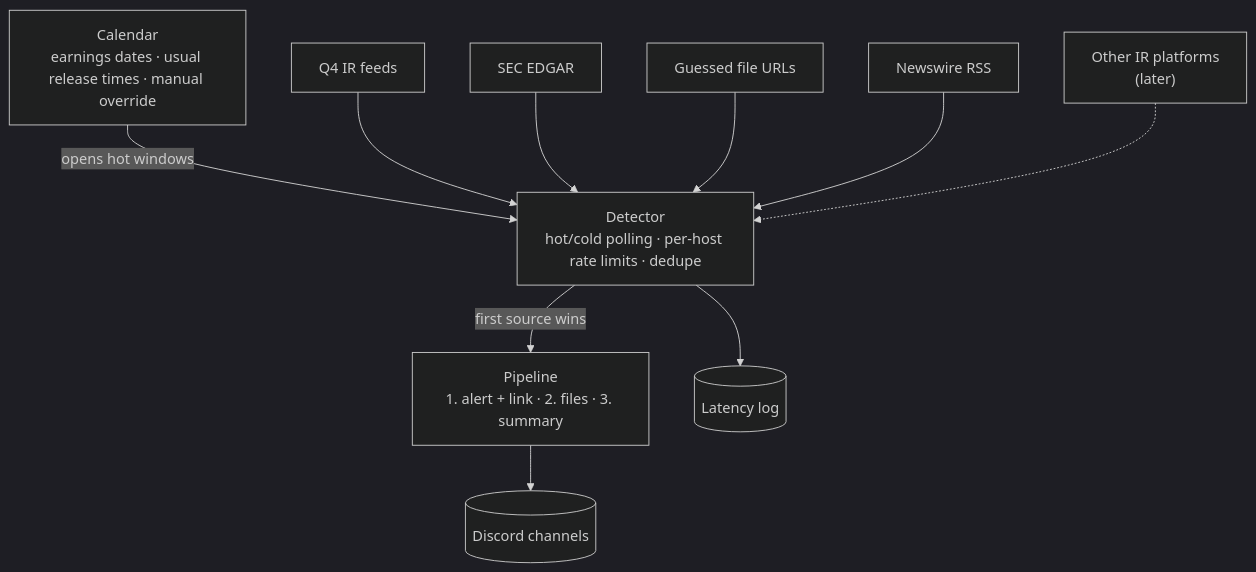
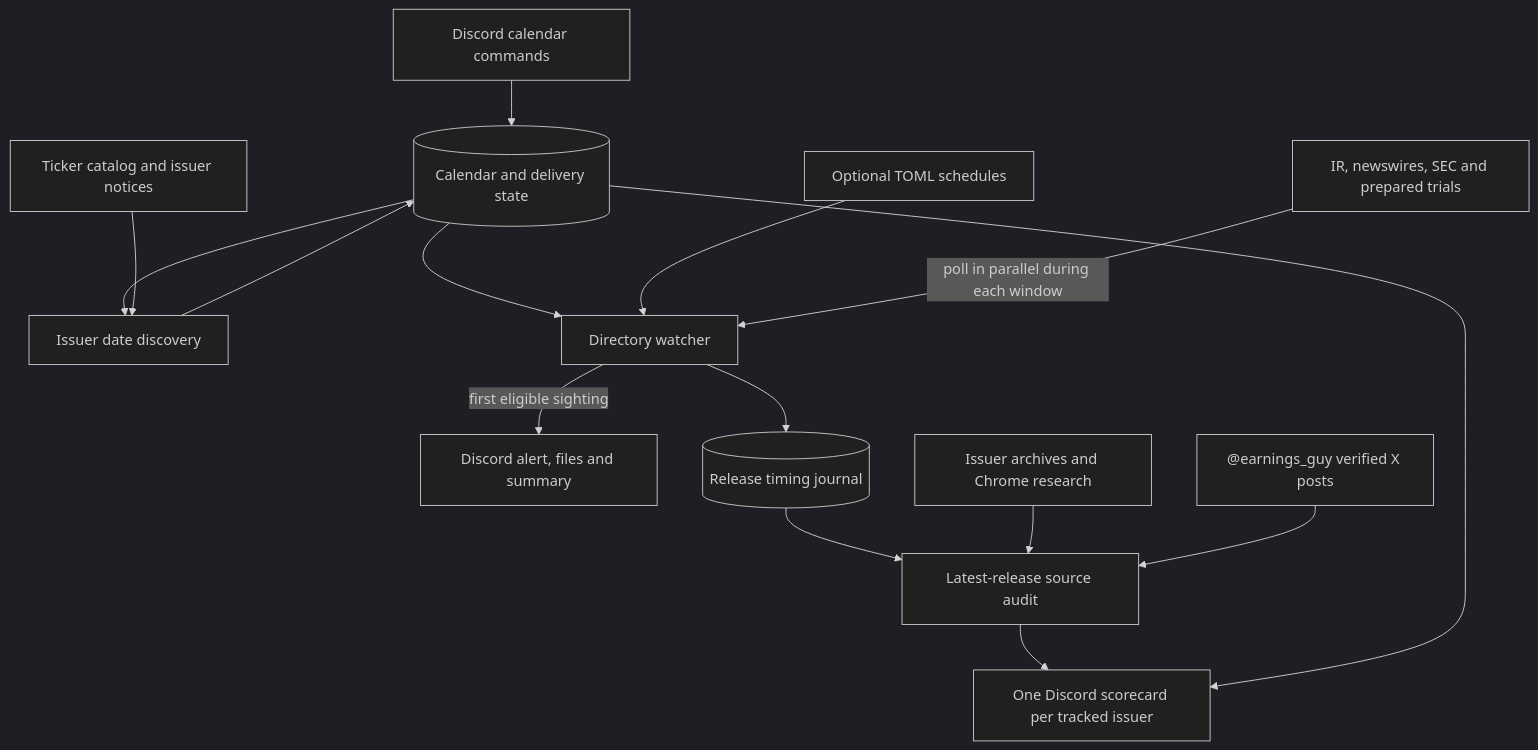
Before and after one commit to es6/earnings-bot: the diagram in docs/architecture.md, drawn with Mermaid (dark theme). The commit also changed other lines of this file and 5 other files, not shown here.

````diff
--- a/docs/architecture.md
+++ b/docs/architecture.md
@@ -12,23 +14,17 @@
 ```mermaid
 flowchart TD
-    cal["Calendar<br/>earnings dates · usual release times · manual override"]
-    q4["Q4 IR feeds"]
-    sec["SEC EDGAR"]
-    guess["Guessed file URLs"]
-    wire["Newswire RSS"]
-    other["Other IR platforms<br/>(later)"]
-    det["Detector<br/>hot/cold polling · per-host rate limits · dedupe"]
-    pipe["Pipeline<br/>1. alert + link · 2. files · 3. summary"]
-    discord[("Discord channels")]
-    log[("Latency log")]
-
-    cal -->|opens hot windows| det
-    q4 --> det
-    sec --> det
-    guess --> det
-    wire --> det
-    other -.-> det
-    det -->|first source wins| pipe
-    pipe --> discord
-    det --> log
+    track["Discord calendar commands"] --> state[("Calendar and delivery state")]
+    state --> discovery["Issuer date discovery"]
+    catalog["Ticker catalog and issuer notices"] --> discovery
+    discovery --> state
+    state --> watcher["Directory watcher"]
+    files["Optional TOML schedules"] --> watcher
+    sources["IR, newswires, SEC and prepared trials"] -->|poll in parallel during each window| watcher
+    watcher -->|first eligible sighting| alert["Discord alert, files and summary"]
+    watcher --> journal[("Release timing journal")]
+    journal --> audit["Latest-release source audit"]
+    ir["Issuer archives and Chrome research"] --> audit
+    x["@earnings_guy verified X posts"] --> audit
+    audit --> scorecard["One Discord scorecard per tracked issuer"]
+    state --> scorecard
 ```
````
